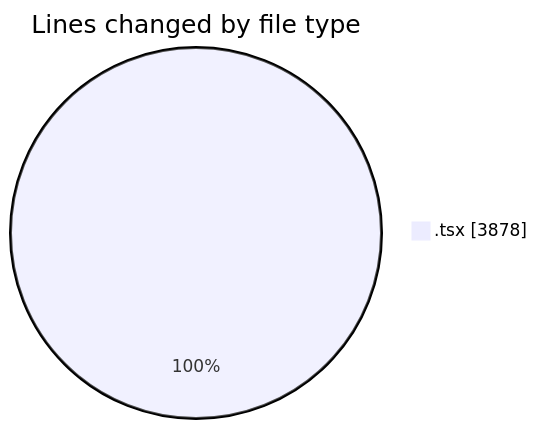
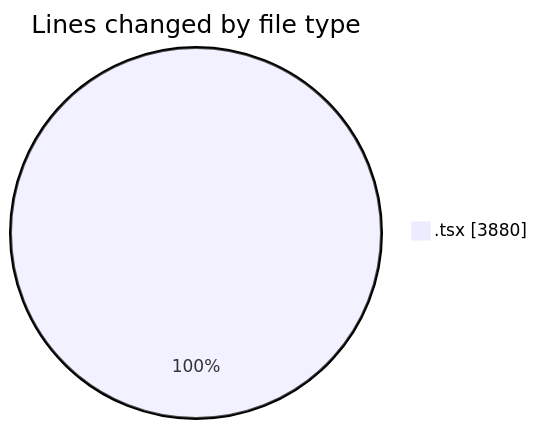
Before and after one commit to momahboobian/code-tracking: the first of 2 diagrams in 2025-11-11/cda/README.md, drawn with Mermaid. The commit also changed other lines of this file and 1 other file, not shown here.

````diff
--- a/2025-11-11/cda/README.md
+++ b/2025-11-11/cda/README.md
@@ -24,5 +24,5 @@
 ```mermaid
 pie showData
 title Lines changed by file type
-".tsx" : 3878
+".tsx" : 3880
 ```
````
